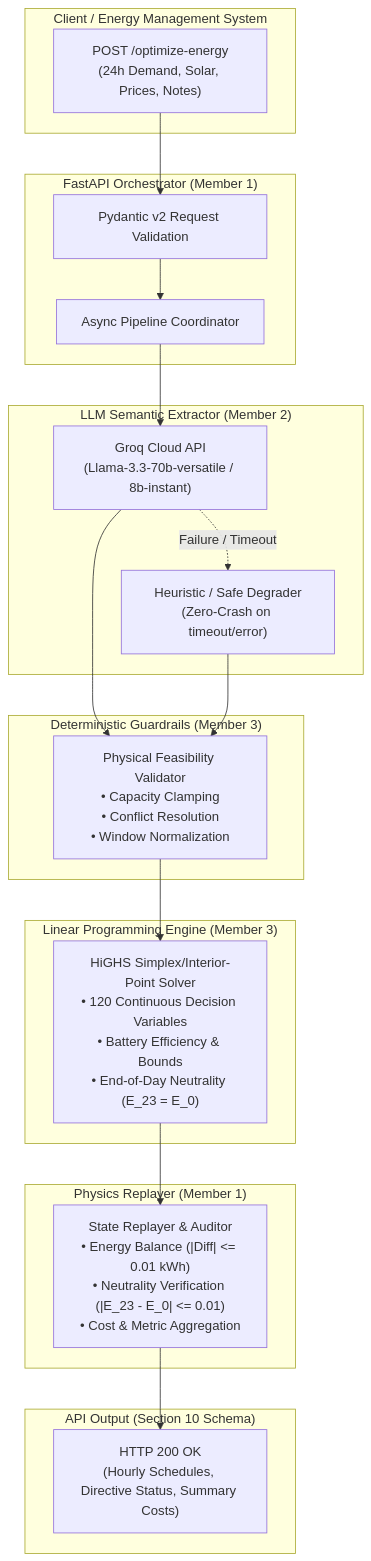
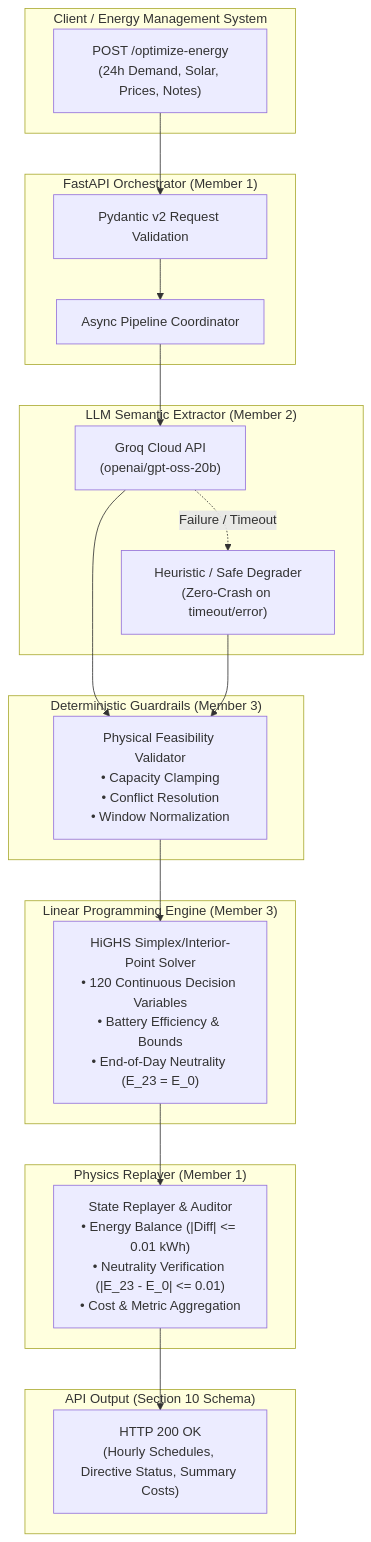
The diagram in README.md (AmitRoyAntu/SmartGrid-Optimizer), drawn with Mermaid before and after one commit. The commit also changed other lines of this file and 1 other file, not shown here.

Commit message:
chore: align LLM model with assigned openai/gpt-oss-20b across client and docs

````diff
--- a/README.md
+++ b/README.md
@@ -33,41 +33,41 @@
 ```mermaid
 flowchart TD
     subgraph Client ["Client / Energy Management System"]
         REQ["POST /optimize-energy\n(24h Demand, Solar, Prices, Notes)"]
     end
 
     subgraph FastAPILayer ["FastAPI Orchestrator (Member 1)"]
         VAL["Pydantic v2 Request Validation"]
         PIPELINE["Async Pipeline Coordinator"]
     end
 
     subgraph LLMLayer ["LLM Semantic Extractor (Member 2)"]
-        GROQ["Groq Cloud API\n(Llama-3.3-70b-versatile / 8b-instant)"]
+        GROQ["Groq Cloud API\n(openai/gpt-oss-20b)"]
         FALLBACK["Heuristic / Safe Degrader\n(Zero-Crash on timeout/error)"]
     end
 
     subgraph GuardrailLayer ["Deterministic Guardrails (Member 3)"]
         GUARD["Physical Feasibility Validator\n• Capacity Clamping\n• Conflict Resolution\n• Window Normalization"]
     end
 
     subgraph SolverLayer ["Linear Programming Engine (Member 3)"]
         HIGHS["HiGHS Simplex/Interior-Point Solver\n• 120 Continuous Decision Variables\n• Battery Efficiency & Bounds\n• End-of-Day Neutrality (E_23 = E_0)"]
     end
 
     subgraph ReplayLayer ["Physics Replayer (Member 1)"]
         REPLAY["State Replayer & Auditor\n• Energy Balance (|Diff| <= 0.01 kWh)\n• Neutrality Verification (|E_23 - E_0| <= 0.01)\n• Cost & Metric Aggregation"]
     end
 
     subgraph Response ["API Output (Section 10 Schema)"]
         RES["HTTP 200 OK\n(Hourly Schedules, Directive Status, Summary Costs)"]
     end
 
     REQ --> VAL --> PIPELINE
     PIPELINE --> GROQ
     GROQ -. Failure / Timeout .-> FALLBACK
     GROQ --> GUARD
     FALLBACK --> GUARD
     GUARD --> HIGHS
     HIGHS --> REPLAY
     REPLAY --> RES
 ```
````
